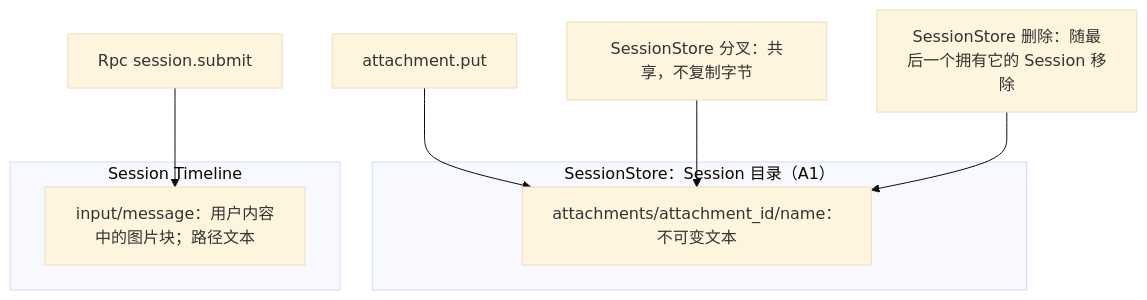
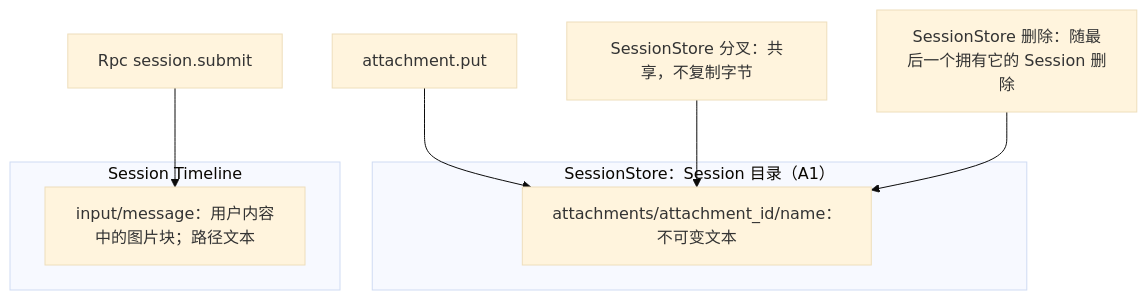
Before and after one commit to CoutinhoTTS/dim-agent: the second of 4 diagrams in docs/zh/design/plugins/Attachments.md, drawn with Mermaid (base theme). The commit also changed other lines of this file and 18 other files, not shown here.

````diff
--- a/docs/zh/design/plugins/Attachments.md
+++ b/docs/zh/design/plugins/Attachments.md
@@ -38,13 +38,13 @@
 ```mermaid
 flowchart TB
   subgraph SSD["SessionStore：Session 目录（A1）"]
     F["attachments/attachment_id/name：不可变文本"]
   end
   subgraph TL["Session Timeline"]
     IM["input/message：用户内容中的图片块；路径文本"]
   end
   PUT["attachment.put"] --> F
   FORK["SessionStore 分叉：共享，不复制字节"] --> F
-  DEL["SessionStore 删除：随最后一个拥有它的 Session 移除"] --> F
+  DEL["SessionStore 删除：随最后一个拥有它的 Session 删除"] --> F
   SUB["Rpc session.submit"] --> IM
 ```
````
